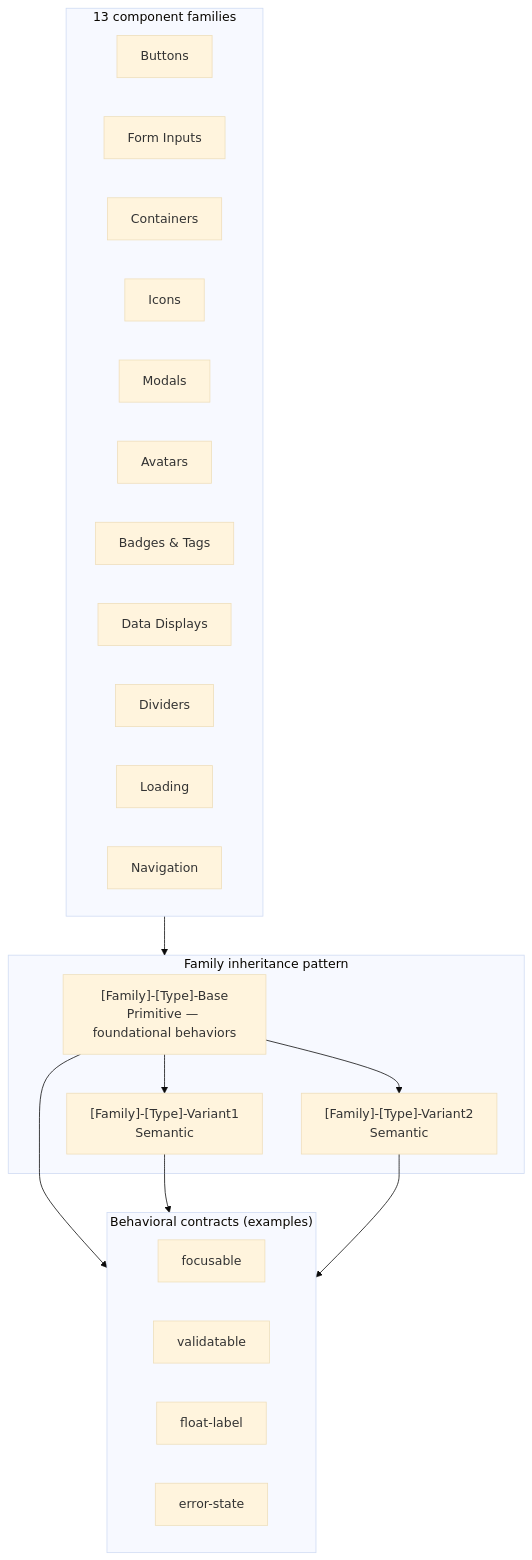
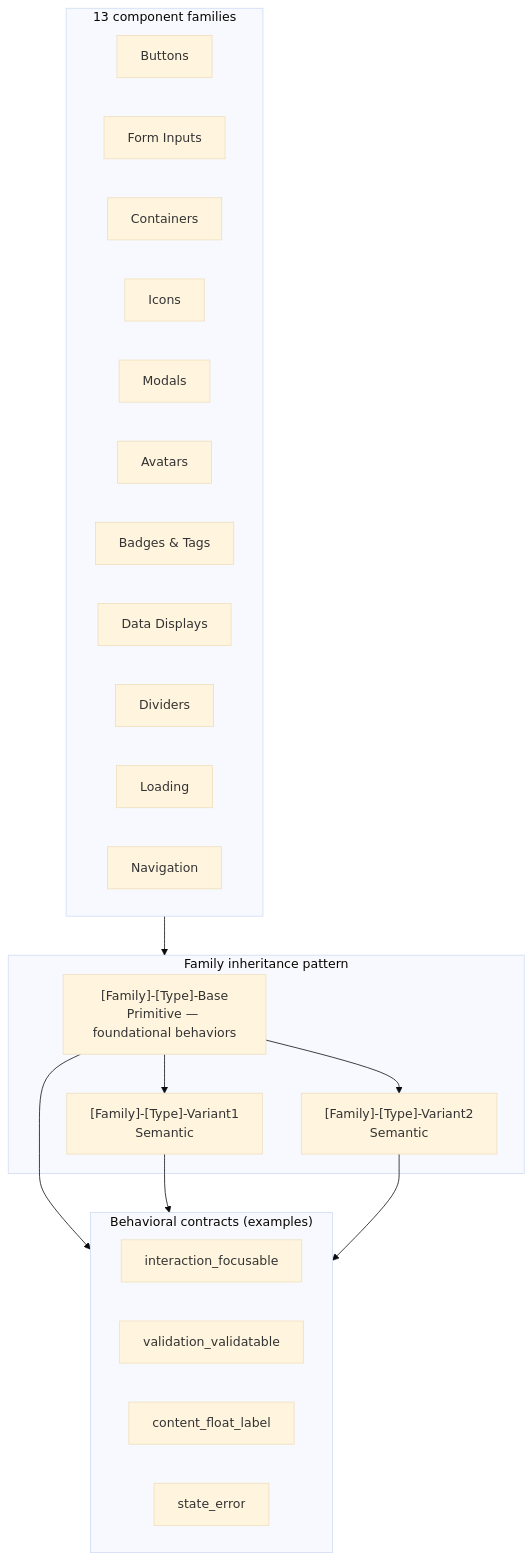
Before and after one commit to 3fn/DesignerPunkv2: the third of 5 diagrams in .kiro/steering/Rosetta-Stemma-Systems-Overview.md, drawn with Mermaid (base theme). The commit also changed other lines of this file and 9 other files, not shown here.

````diff
--- a/.kiro/steering/Rosetta-Stemma-Systems-Overview.md
+++ b/.kiro/steering/Rosetta-Stemma-Systems-Overview.md
@@ -98,36 +98,36 @@
 ```mermaid
 flowchart TB
     subgraph Families["13 component families"]
         F1["Buttons"]
         F2["Form Inputs"]
         F3["Containers"]
         F4["Icons"]
         F5["Modals"]
         F6["Avatars"]
         F7["Badges & Tags"]
         F8["Data Displays"]
         F9["Dividers"]
         F10["Loading"]
         F11["Navigation"]
     end
 
     subgraph Inheritance["Family inheritance pattern"]
         Base["[Family]-[Type]-Base<br/>Primitive — foundational behaviors"]
         Sem1["[Family]-[Type]-Variant1<br/>Semantic"]
         Sem2["[Family]-[Type]-Variant2<br/>Semantic"]
         Base --> Sem1
         Base --> Sem2
     end
 
     subgraph Contracts["Behavioral contracts (examples)"]
-        C1["focusable"]
-        C2["validatable"]
-        C3["float-label"]
-        C4["error-state"]
+        C1["interaction_focusable"]
+        C2["validation_validatable"]
+        C3["content_float_label"]
+        C4["state_error"]
     end
 
     Families --> Inheritance
     Base --> Contracts
     Sem1 --> Contracts
     Sem2 --> Contracts
 ```
````
